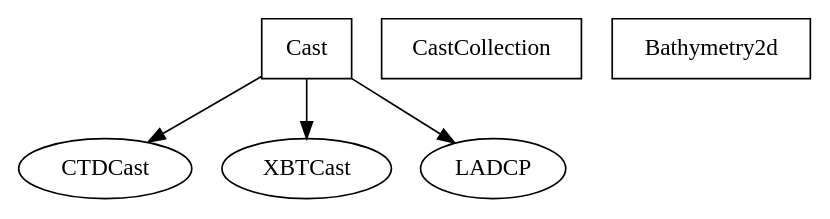
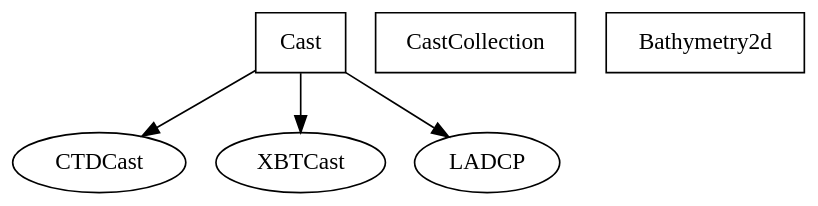
One commit to njwilson23/narwhal changed the diagram in classmap.dot. Above: the diagram before and after it, drawn with Graphviz. The commit also changed 1 other file, not shown here.

Commit message:
make classmap bg transparent; link to gh-pages
requires additional commit of SVG to gh-pages branch

```diff
--- a/classmap.dot
+++ b/classmap.dot
@@ -1,17 +1,18 @@
 /* Map of narwhal classes */
 
 digraph classmap {
     {
         Cast [shape=box];
         CastCollection [shape=box];
         Bathymetry2d [shape=box];
     }
 
     Cast -> CTDCast;
     Cast -> XBTCast;
     Cast -> LADCP;
 
     CastCollection;
 
     Bathymetry2d;
+    bgcolor="transparent";
 }
```
